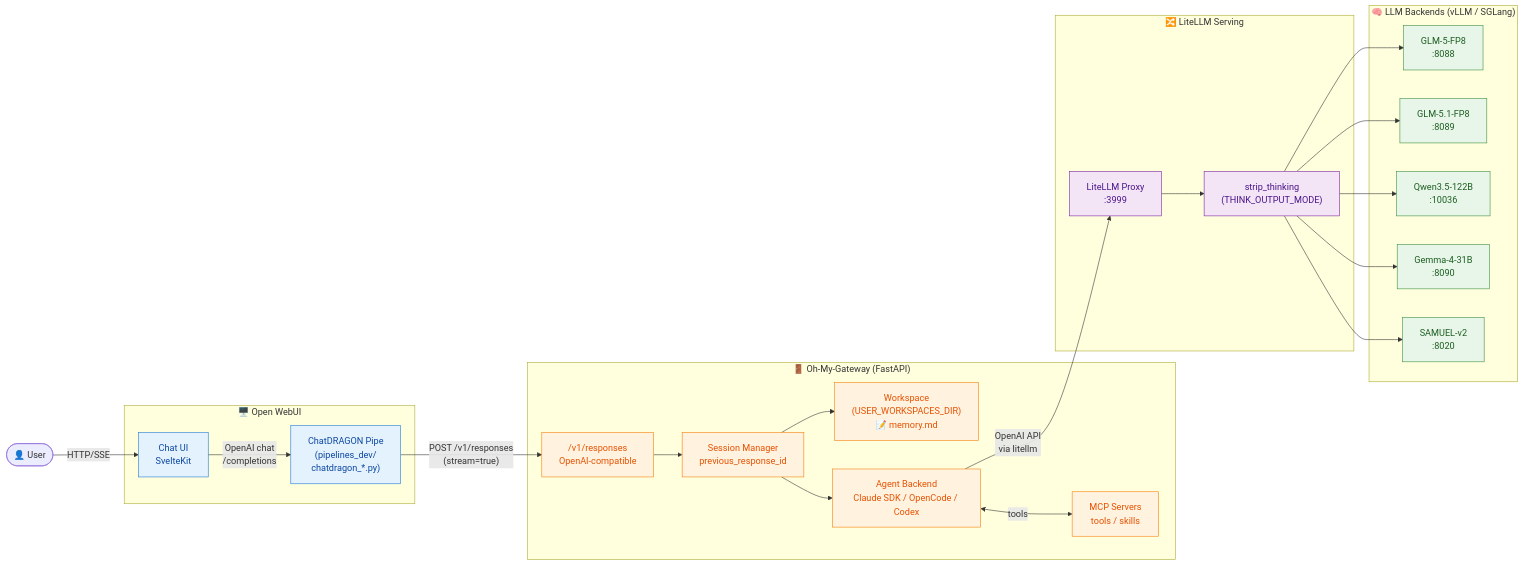
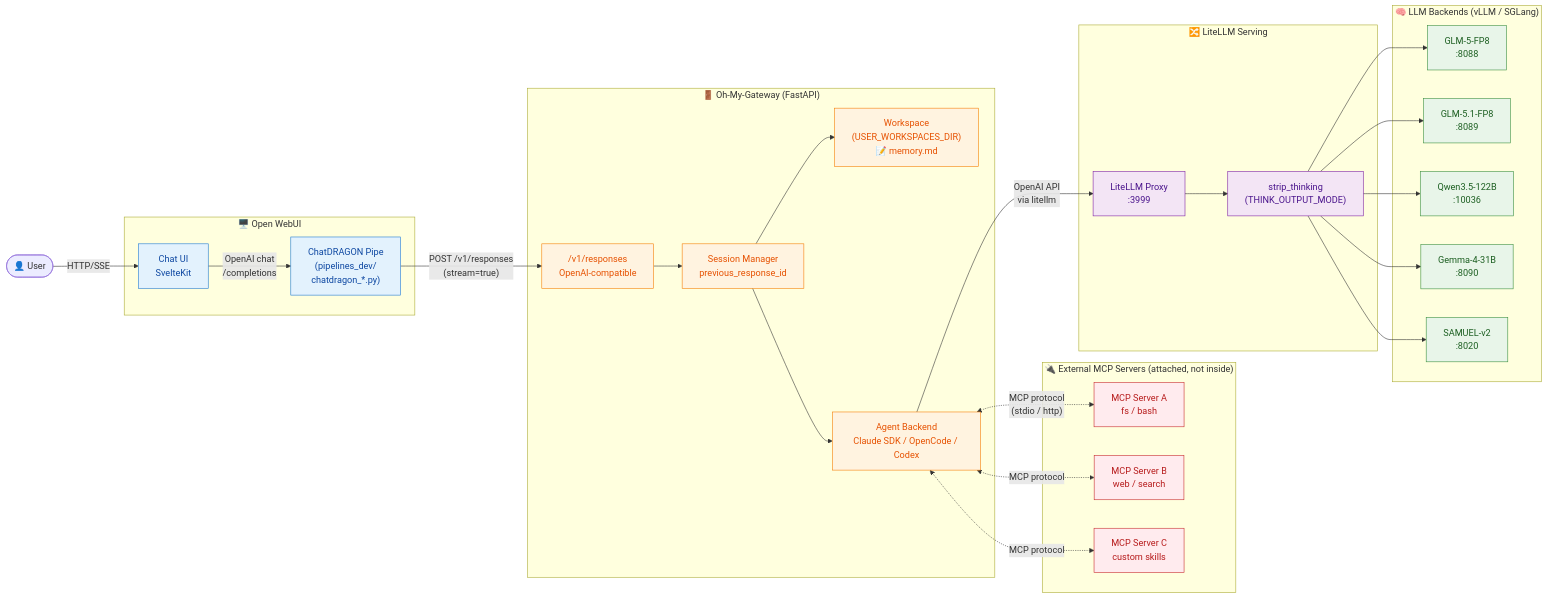
One commit to Kyutinium/open-webui changed the first of 5 diagrams in docs/pipeline-architecture.md. Above: the diagram before and after it, drawn with Mermaid. The commit also changed other lines of this file, not shown here.

Commit message:
docs: move MCP outside gateway in mermaid sources, embed rendered SVG

````diff
--- a/docs/pipeline-architecture.md
+++ b/docs/pipeline-architecture.md
@@ -13,54 +19,63 @@
 ```mermaid
 flowchart LR
     User([👤 User])
 
     subgraph WEBUI["🖥️ Open WebUI"]
         UI[Chat UI<br/>SvelteKit]
         Pipe["ChatDRAGON Pipe<br/>(pipelines_dev/<br/>chatdragon_*.py)"]
     end
 
     subgraph GATEWAY["🚪 Oh-My-Gateway (FastAPI)"]
         RespAPI["/v1/responses<br/>OpenAI-compatible"]
         Session[Session Manager<br/>previous_response_id]
         Workspace["Workspace<br/>(USER_WORKSPACES_DIR)<br/>📝 memory.md"]
         Agent["Agent Backend<br/>Claude SDK / OpenCode / Codex"]
-        MCP[MCP Servers<br/>tools / skills]
+    end
+
+    subgraph MCPEXT["🔌 External MCP Servers (attached, not inside)"]
+        MCP1["MCP Server A<br/>fs / bash"]
+        MCP2["MCP Server B<br/>web / search"]
+        MCP3["MCP Server C<br/>custom skills"]
     end
 
     subgraph LITELLM["🔀 LiteLLM Serving"]
         Proxy["LiteLLM Proxy<br/>:3999"]
         Strip["strip_thinking<br/>(THINK_OUTPUT_MODE)"]
     end
 
     subgraph LLM["🧠 LLM Backends (vLLM / SGLang)"]
         M1[GLM-5-FP8<br/>:8088]
         M2[GLM-5.1-FP8<br/>:8089]
         M3[Qwen3.5-122B<br/>:10036]
         M4[Gemma-4-31B<br/>:8090]
         M5[SAMUEL-v2<br/>:8020]
     end
 
     User -- "HTTP/SSE" --> UI
     UI -- "OpenAI chat<br/>/completions" --> Pipe
     Pipe -- "POST /v1/responses<br/>(stream=true)" --> RespAPI
     RespAPI --> Session
     Session --> Workspace
     Session --> Agent
-    Agent <-- "tools" --> MCP
+    Agent <-. "MCP protocol<br/>(stdio / http)" .-> MCP1
+    Agent <-. "MCP protocol" .-> MCP2
+    Agent <-. "MCP protocol" .-> MCP3
     Agent -- "OpenAI API<br/>via litellm" --> Proxy
     Proxy --> Strip
     Strip --> M1
     Strip --> M2
     Strip --> M3
     Strip --> M4
     Strip --> M5
 
     classDef ui fill:#E3F2FD,stroke:#1976D2,color:#0D47A1
     classDef gw fill:#FFF3E0,stroke:#F57C00,color:#E65100
+    classDef mcp fill:#FFEBEE,stroke:#C62828,color:#B71C1C
     classDef proxy fill:#F3E5F5,stroke:#7B1FA2,color:#4A148C
     classDef llm fill:#E8F5E9,stroke:#388E3C,color:#1B5E20
     class UI,Pipe ui
-    class RespAPI,Session,Workspace,Agent,MCP gw
+    class RespAPI,Session,Workspace,Agent gw
+    class MCP1,MCP2,MCP3 mcp
     class Proxy,Strip proxy
     class M1,M2,M3,M4,M5 llm
 ```
````
